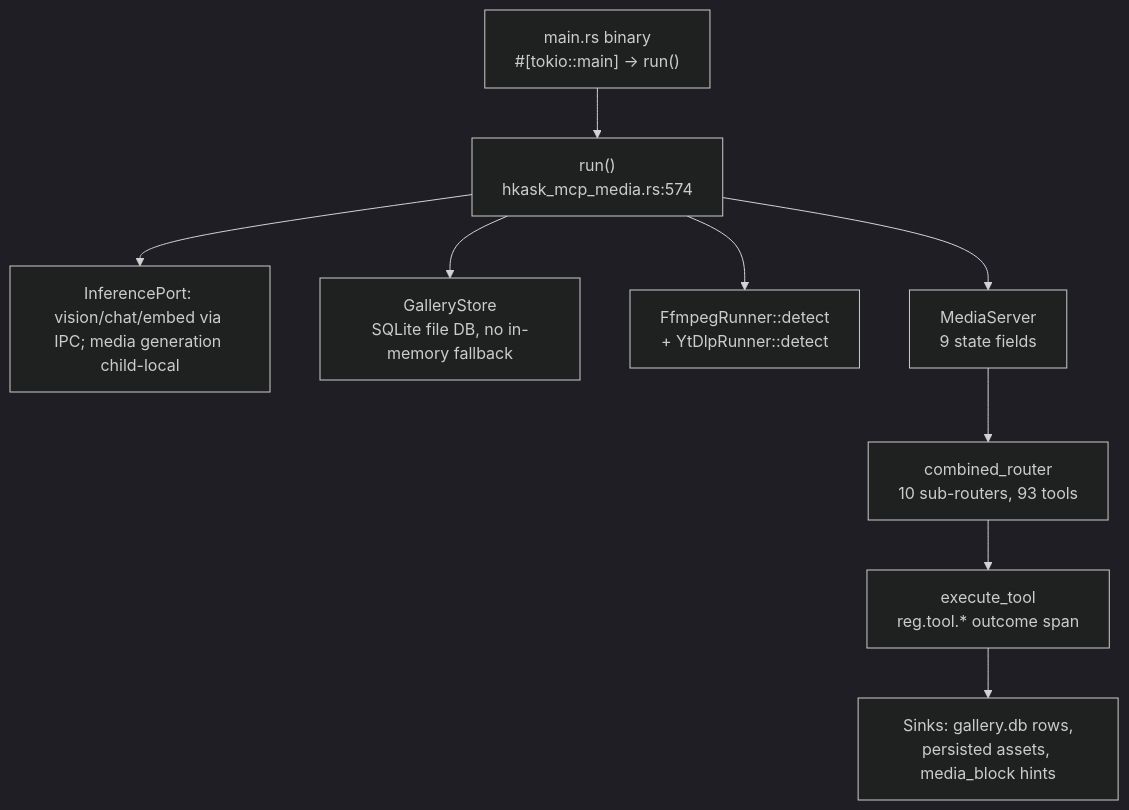
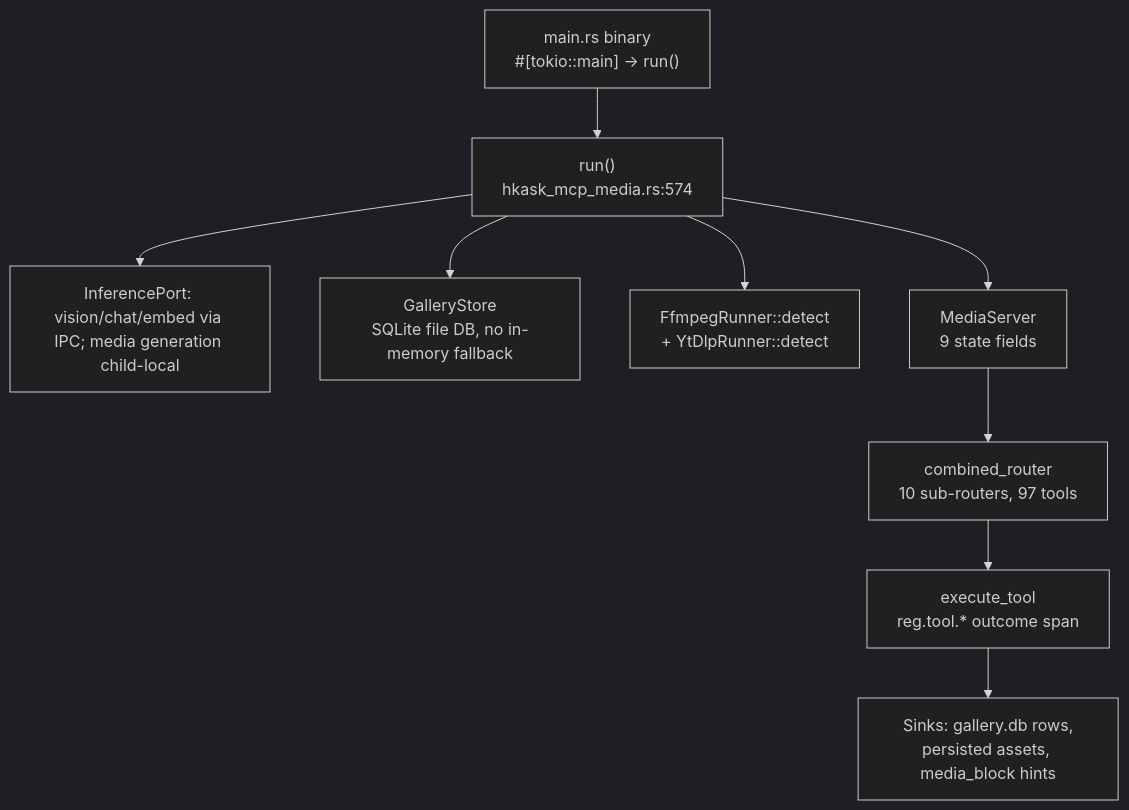
Before and after one commit to mdz-axo/zed-kask: the diagram in kask/docs/reference/mcp-servers/media.md, drawn with Mermaid (dark theme). The commit also changed other lines of this file and 3 other files, not shown here.

````diff
--- a/kask/docs/reference/mcp-servers/media.md
+++ b/kask/docs/reference/mcp-servers/media.md
@@ -23,21 +23,21 @@
 ```mermaid
 flowchart TD
     binary["main.rs binary<br/>#[tokio::main] → run()"]
     run["run()<br/>hkask_mcp_media.rs:574"]
     port["InferencePort: vision/chat/embed via IPC; media generation child-local"]
     db["GalleryStore<br/>SQLite file DB, no in-memory fallback"]
     ffmpeg["FfmpegRunner::detect<br/>+ YtDlpRunner::detect"]
     server["MediaServer<br/>9 state fields"]
-    router["combined_router<br/>10 sub-routers, 93 tools"]
+    router["combined_router<br/>10 sub-routers, 97 tools"]
     dispatch["execute_tool<br/>reg.tool.* outcome span"]
     sinks["Sinks: gallery.db rows,<br/>persisted assets, media_block hints"]
 
     binary --> run
     run --> port
     run --> db
     run --> ffmpeg
     run --> server
     server --> router
     router --> dispatch
     dispatch --> sinks
 ```
````
